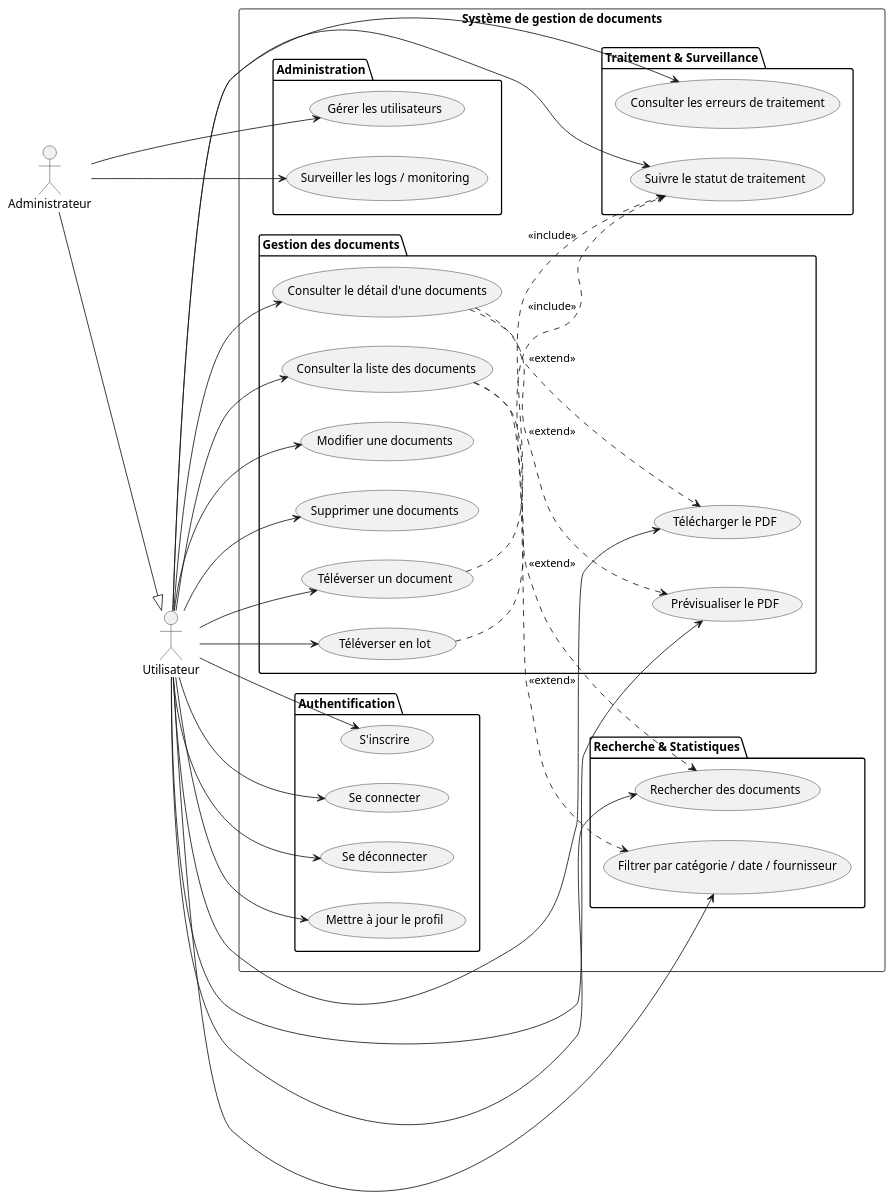
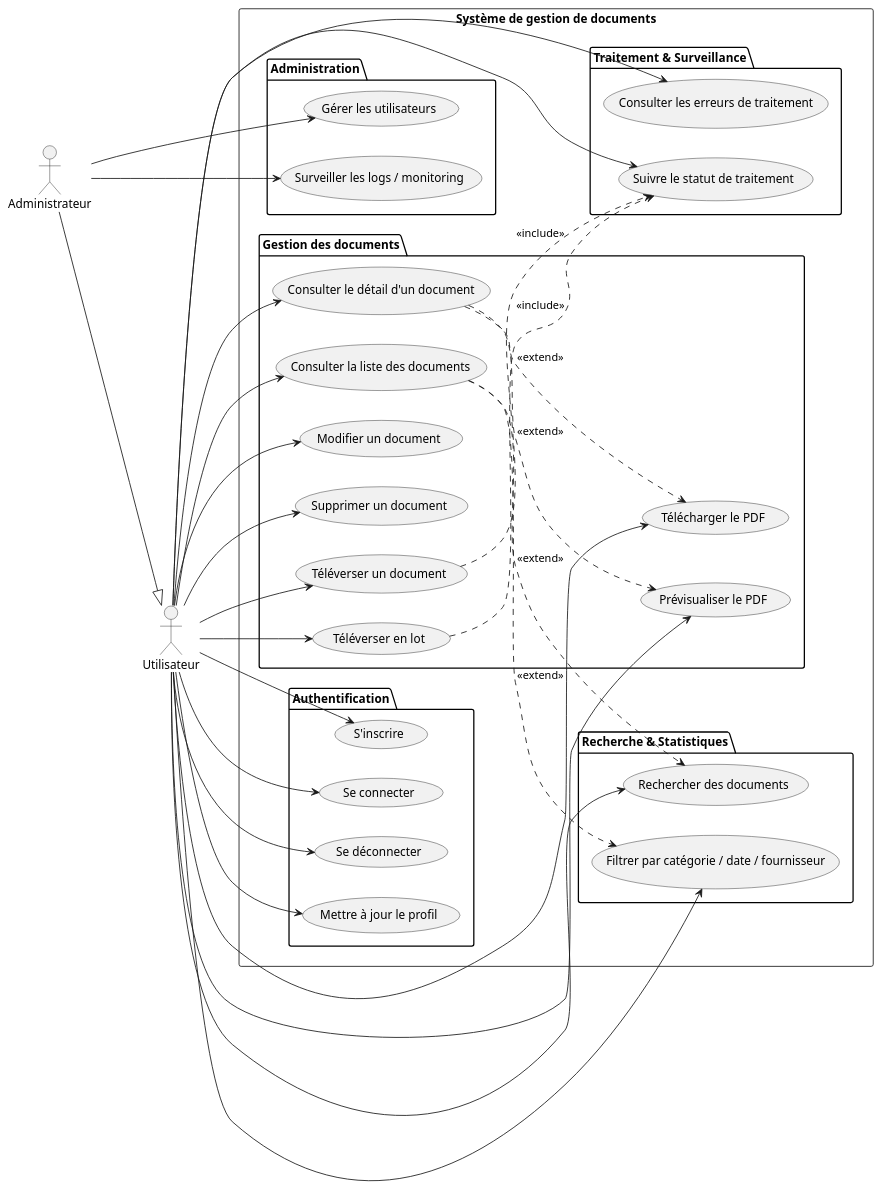
One commit to tom-lchg-ecole/architecture-n-tiers changed the diagram in diagrams/usecase.puml. Above: the diagram before and after it, drawn with PlantUML.

Commit message:
fix: orthograph

```diff
--- a/diagrams/usecase.puml
+++ b/diagrams/usecase.puml
@@ -1,75 +1,75 @@
 @startuml usecase
 
 left to right direction
 
 actor "Utilisateur" as User
 actor "Administrateur" as Admin
 
 rectangle "Système de gestion de documents" {
 
     package "Authentification" {
         usecase "S'inscrire" as UC_Register
         usecase "Se connecter" as UC_Login
         usecase "Se déconnecter" as UC_Logout
         usecase "Mettre à jour le profil" as UC_UpdateProfile
     }
 
     package "Gestion des documents" {
         usecase "Téléverser un document" as UC_Upload
         usecase "Téléverser en lot" as UC_BatchUpload
         usecase "Consulter la liste des documents" as UC_ListInvoices
-        usecase "Consulter le détail d'une documents" as UC_ViewDetail
-        usecase "Modifier une documents" as UC_UpdateInvoice
-        usecase "Supprimer une documents" as UC_DeleteInvoice
+        usecase "Consulter le détail d'un document" as UC_ViewDetail
+        usecase "Modifier un document" as UC_UpdateInvoice
+        usecase "Supprimer un document" as UC_DeleteInvoice
         usecase "Télécharger le PDF" as UC_DownloadPDF
         usecase "Prévisualiser le PDF" as UC_PreviewPDF
     }
 
     package "Recherche & Statistiques" {
         usecase "Rechercher des documents" as UC_Search
         usecase "Filtrer par catégorie / date / fournisseur" as UC_Filter
     }
 
     package "Traitement & Surveillance" {
         usecase "Suivre le statut de traitement" as UC_TrackStatus
         usecase "Consulter les erreurs de traitement" as UC_ViewErrors
     }
 
     package "Administration" {
         usecase "Gérer les utilisateurs" as UC_ManageUsers
         usecase "Surveiller les logs / monitoring" as UC_Monitoring
     }
 }
 
 ' Utilisateur
 User --> UC_Login
 User --> UC_Register
 User --> UC_Logout
 User --> UC_UpdateProfile
 User --> UC_Upload
 User --> UC_BatchUpload
 User --> UC_ListInvoices
 User --> UC_ViewDetail
 User --> UC_UpdateInvoice
 User --> UC_DeleteInvoice
 User --> UC_DownloadPDF
 User --> UC_PreviewPDF
 User --> UC_Search
 User --> UC_Filter
 User --> UC_TrackStatus
 User --> UC_ViewErrors
 
 ' Administrateur hérite de l'utilisateur
 Admin --|> User
 Admin --> UC_ManageUsers
 Admin --> UC_Monitoring
 
 ' Relations include / extend
 UC_Upload ..> UC_TrackStatus : <<include>>
 UC_BatchUpload ..> UC_TrackStatus : <<include>>
 UC_ViewDetail ..> UC_DownloadPDF : <<extend>>
 UC_ViewDetail ..> UC_PreviewPDF : <<extend>>
 UC_ListInvoices ..> UC_Filter : <<extend>>
 UC_ListInvoices ..> UC_Search : <<extend>>
 
 @enduml
```
